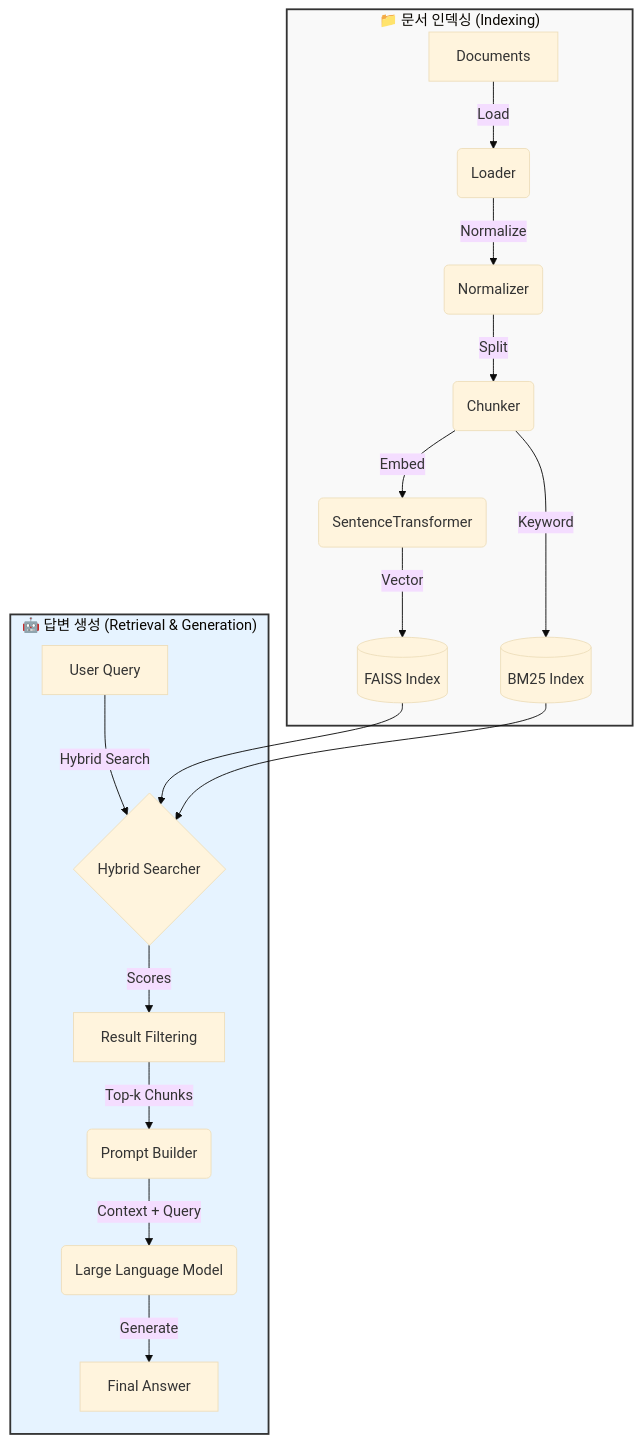
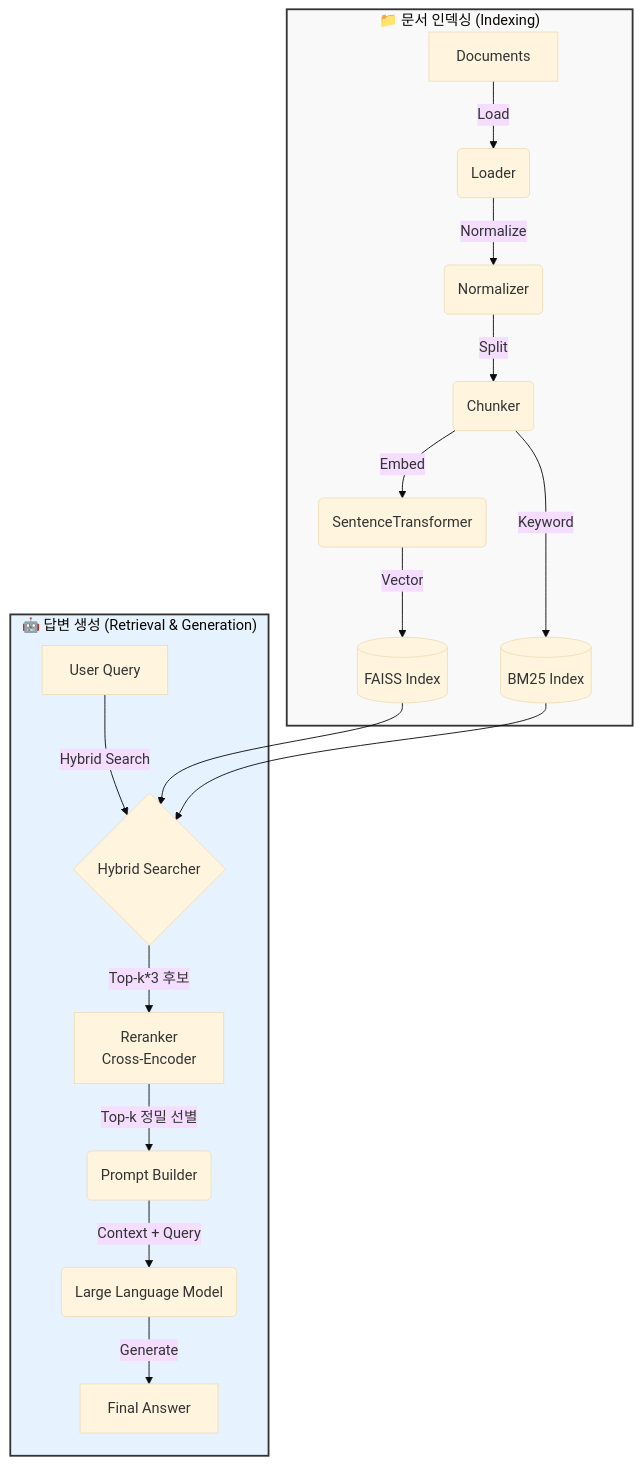
The diagram in README.md (okdoittttt/rag), drawn with Mermaid (base theme) before and after one commit. The commit also changed other lines of this file, not shown here.

````diff
--- a/README.md
+++ b/README.md
@@ -35,24 +37,24 @@
 ```mermaid
 flowchart TD
     subgraph Ingestion["📁 문서 인덱싱 (Indexing)"]
         D[Documents] -->|Load| L(Loader)
         L -->|Normalize| N(Normalizer)
         N -->|Split| C(Chunker)
         C -->|Embed| E(SentenceTransformer)
         E -->|Vector| V[(FAISS Index)]
         C -->|Keyword| B[(BM25 Index)]
     end
 
     subgraph RAG["🤖 답변 생성 (Retrieval & Generation)"]
         Q[User Query] -->|Hybrid Search| H{Hybrid Searcher}
         V --> H
         B --> H
-        H -->|Scores| R[Result Filtering]
-        R -->|Top-k Chunks| P(Prompt Builder)
+        H -->|Top-k*3 후보| RR[Reranker<br/>Cross-Encoder]
+        RR -->|Top-k 정밀 선별| P(Prompt Builder)
         P -->|Context + Query| LLM(Large Language Model)
         LLM -->|Generate| A[Final Answer]
     end
 
     style Ingestion fill:#f9f9f9,stroke:#333,stroke-width:2px
     style RAG fill:#e6f3ff,stroke:#333,stroke-width:2px
 ```
````
